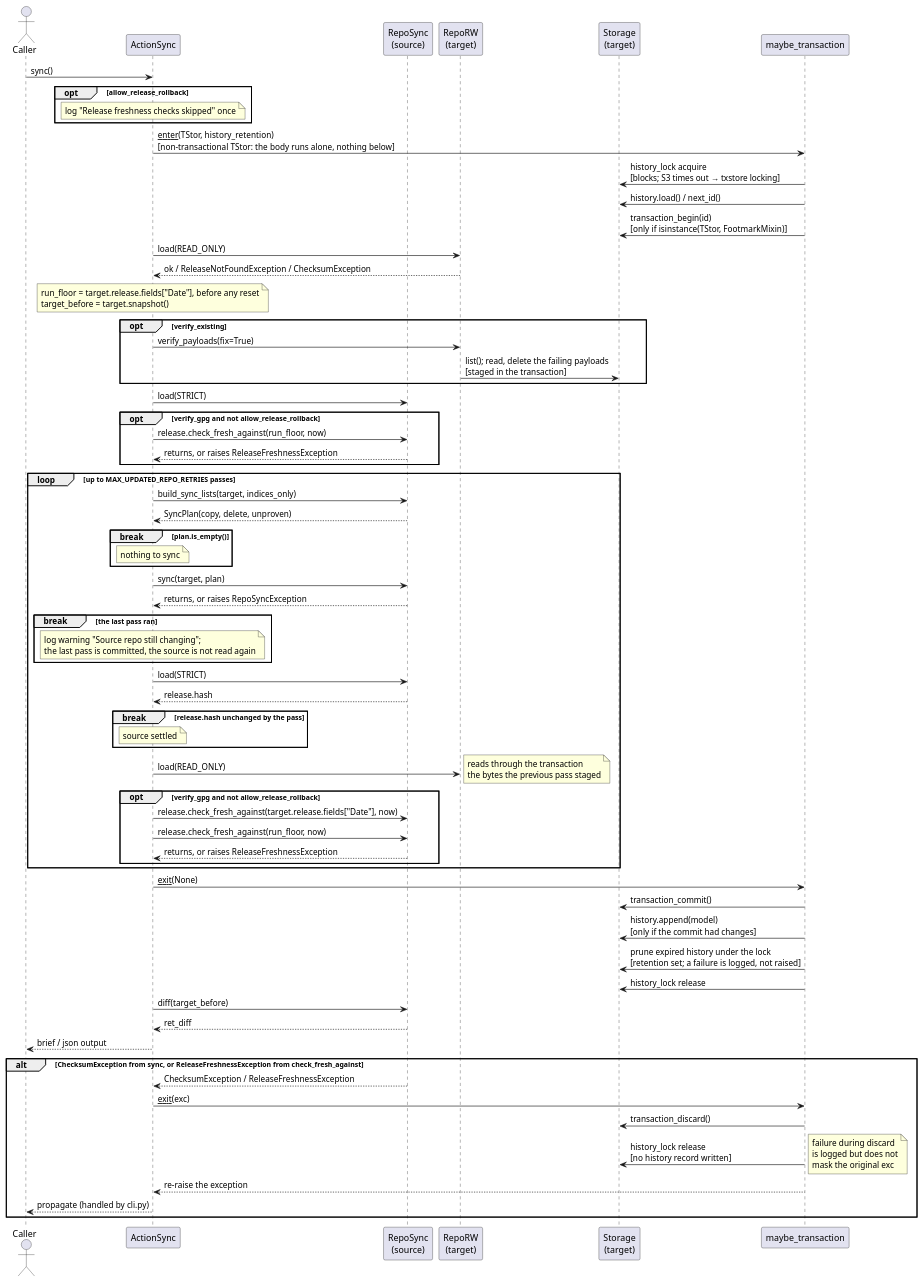
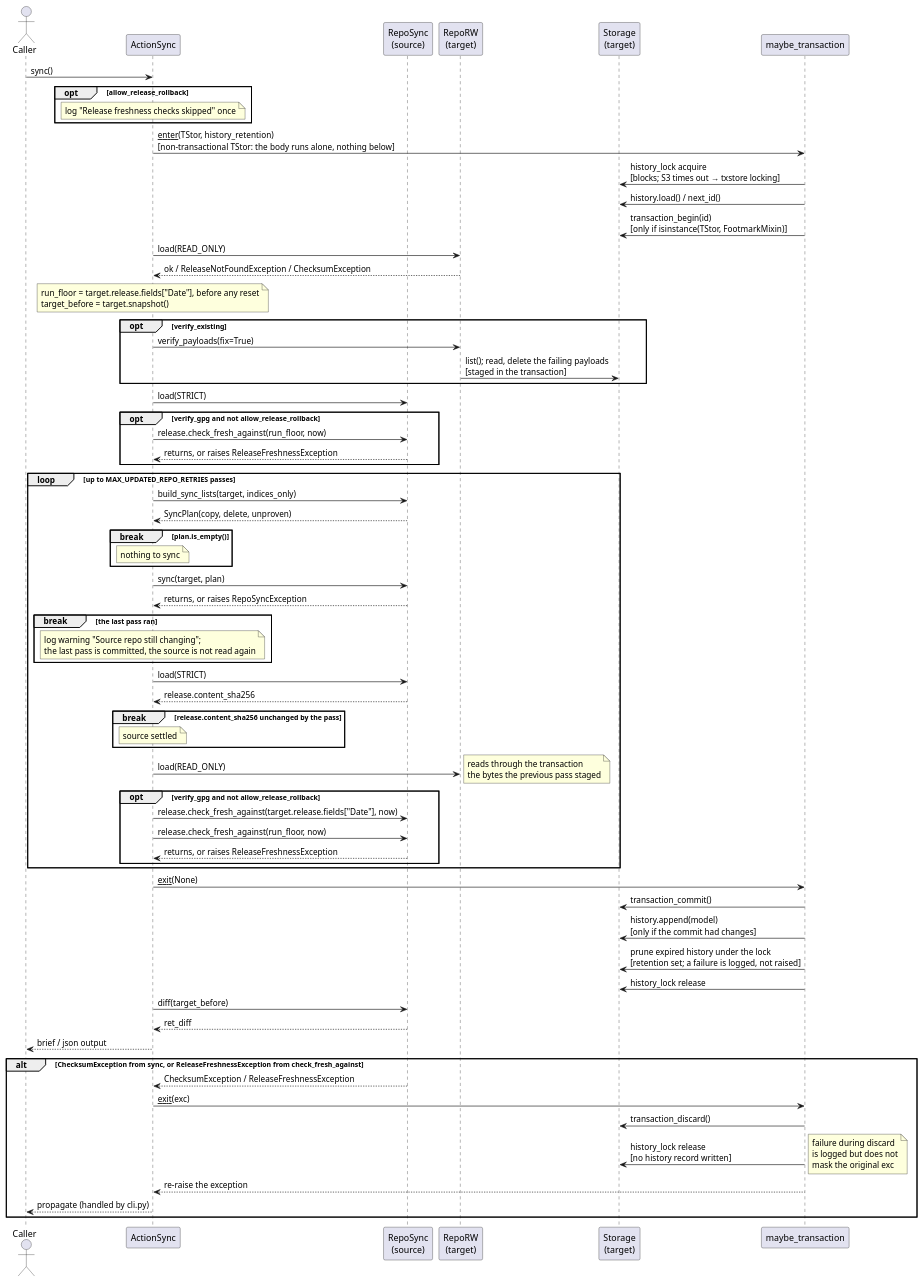
One commit to vinklat/debkit changed the diagram in docs/development/diagrams/action-sync-sequence.puml. Above: the diagram before and after it, drawn with PlantUML. The commit also changed 24 other files, not shown here.

```diff
--- a/docs/development/diagrams/action-sync-sequence.puml
+++ b/docs/development/diagrams/action-sync-sequence.puml
@@ -1,82 +1,82 @@
 @startuml
 actor Caller
 participant ActionSync
 participant "RepoSync\n(source)" as Src
 participant "RepoRW\n(target)" as Tgt
 participant "Storage\n(target)" as TStor
 participant "maybe_transaction" as CM
 
 Caller -> ActionSync: sync()
 
 opt allow_release_rollback
   note over ActionSync: log "Release freshness checks skipped" once
 end
 
 ActionSync -> CM: __enter__(TStor, history_retention)\n[non-transactional TStor: the body runs alone, nothing below]
 CM -> TStor: history_lock acquire\n[blocks; S3 times out → txstore locking]
 CM -> TStor: history.load() / next_id()
 CM -> TStor: transaction_begin(id)\n[only if isinstance(TStor, FootmarkMixin)]
 
 ActionSync -> Tgt: load(READ_ONLY)
 Tgt --> ActionSync: ok / ReleaseNotFoundException / ChecksumException
 note over ActionSync: run_floor = target.release.fields["Date"], before any reset\ntarget_before = target.snapshot()
 
 opt verify_existing
   ActionSync -> Tgt: verify_payloads(fix=True)
   Tgt -> TStor: list(); read, delete the failing payloads\n[staged in the transaction]
 end
 
 ActionSync -> Src: load(STRICT)
 opt verify_gpg and not allow_release_rollback
   ActionSync -> Src: release.check_fresh_against(run_floor, now)
   Src --> ActionSync: returns, or raises ReleaseFreshnessException
 end
 
 loop up to MAX_UPDATED_REPO_RETRIES passes
   ActionSync -> Src: build_sync_lists(target, indices_only)
   Src --> ActionSync: SyncPlan(copy, delete, unproven)
   break plan.is_empty()
     note over ActionSync: nothing to sync
   end
 
   ActionSync -> Src: sync(target, plan)
   Src --> ActionSync: returns, or raises RepoSyncException
   break the last pass ran
     note over ActionSync: log warning "Source repo still changing";\nthe last pass is committed, the source is not read again
   end
 
   ActionSync -> Src: load(STRICT)
-  Src --> ActionSync: release.hash
-  break release.hash unchanged by the pass
+  Src --> ActionSync: release.content_sha256
+  break release.content_sha256 unchanged by the pass
     note over ActionSync: source settled
   end
 
   ActionSync -> Tgt: load(READ_ONLY)
   note right: reads through the transaction\nthe bytes the previous pass staged
   opt verify_gpg and not allow_release_rollback
     ActionSync -> Src: release.check_fresh_against(target.release.fields["Date"], now)
     ActionSync -> Src: release.check_fresh_against(run_floor, now)
     Src --> ActionSync: returns, or raises ReleaseFreshnessException
   end
 end
 
 ActionSync -> CM: __exit__(None)
 CM -> TStor: transaction_commit()
 CM -> TStor: history.append(model)\n[only if the commit had changes]
 CM -> TStor: prune expired history under the lock\n[retention set; a failure is logged, not raised]
 CM -> TStor: history_lock release
 
 ActionSync -> Src: diff(target_before)
 Src --> ActionSync: ret_diff
 ActionSync --> Caller: brief / json output
 
 alt ChecksumException from sync, or ReleaseFreshnessException from check_fresh_against
   Src --> ActionSync: ChecksumException / ReleaseFreshnessException
   ActionSync -> CM: __exit__(exc)
   CM -> TStor: transaction_discard()
   CM -> TStor: history_lock release\n[no history record written]
   note right: failure during discard\nis logged but does not\nmask the original exc
   CM --> ActionSync: re-raise the exception
   ActionSync --> Caller: propagate (handled by cli.py)
 end
 @enduml
```
